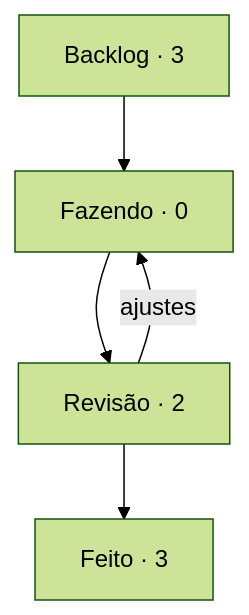
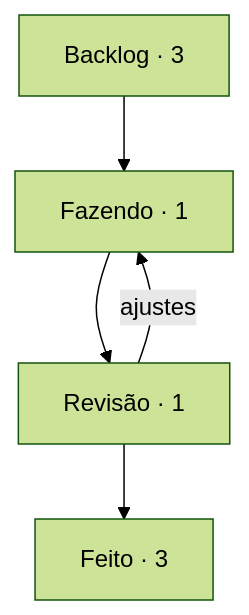
The diagram in BOARD.md (StudioVibi/VibiKanban), drawn with Mermaid (forest theme) before and after one commit. The commit also changed other lines of this file and 1 other file, not shown here.

Commit message:
board: VK-2 Revisão → Fazendo (@isabellaherman)

````diff
--- a/BOARD.md
+++ b/BOARD.md
@@ -5,10 +5,10 @@
 ```mermaid
 flowchart TD
-  backlog["Backlog · 3"] --> doing["Fazendo · 0"]
-  doing --> review["Revisão · 2"]
+  backlog["Backlog · 3"] --> doing["Fazendo · 1"]
+  doing --> review["Revisão · 1"]
   review --> done["Feito · 3"]
   review -->|ajustes| doing
   doing:::blue
   review:::yellow
   done:::green
 ```
````
